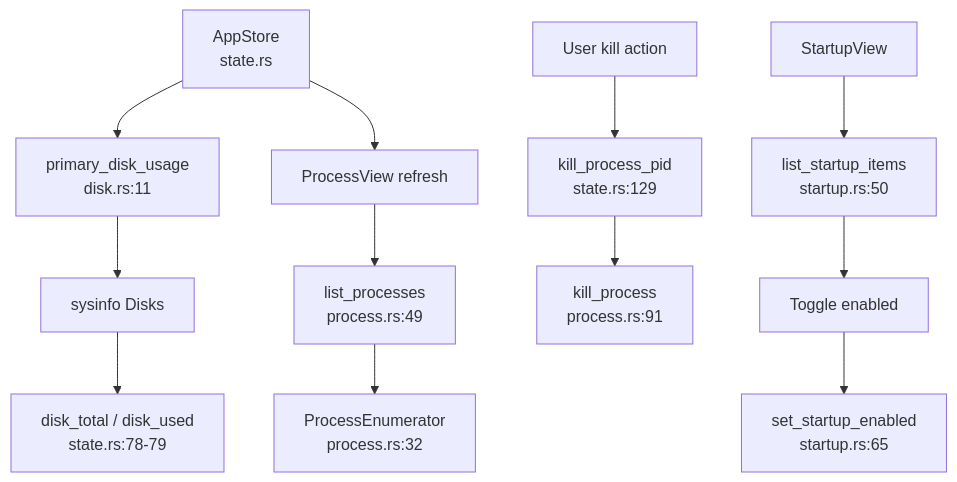
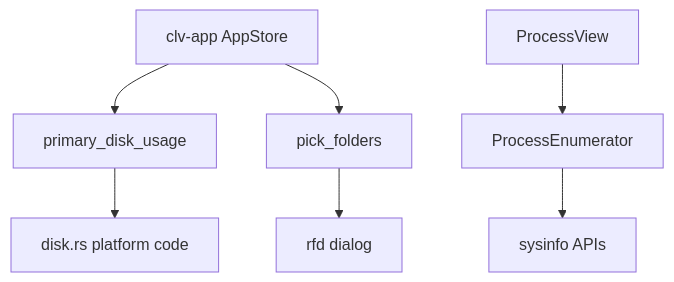
One commit to sopaco/CLV3000-Plus changed the diagram in .terrain/human/4.Deep-Exploration/platform.md. Above: the diagram before and after it, drawn with Mermaid. The commit also changed other lines of this file and 55 other files, not shown here.

````diff
--- a/.terrain/human/4.Deep-Exploration/platform.md
+++ b/.terrain/human/4.Deep-Exploration/platform.md
@@ -54,14 +43,9 @@
 ```mermaid
 flowchart TD
-    A["AppStore<br/>state.rs"] --> B["primary_disk_usage<br/>disk.rs:11"]
-    B --> C["sysinfo Disks"]
-    C --> D["disk_total / disk_used<br/>state.rs:78-79"]
-    A --> E["ProcessView refresh"]
-    E --> F["list_processes<br/>process.rs:49"]
-    F --> G["ProcessEnumerator<br/>process.rs:32"]
-    H["User kill action"] --> I["kill_process_pid<br/>state.rs:129"]
-    I --> J["kill_process<br/>process.rs:91"]
-    K["StartupView"] --> L["list_startup_items<br/>startup.rs:50"]
-    L --> M["Toggle enabled"]
-    M --> N["set_startup_enabled<br/>startup.rs:65"]
+    A["clv-app AppStore"] --> B["primary_disk_usage"]
+    B --> C["disk.rs platform code"]
+    A --> D["pick_folders"]
+    D --> E["rfd dialog"]
+    F["ProcessView"] --> G["ProcessEnumerator"]
+    G --> H["sysinfo APIs"]
 ```
````
